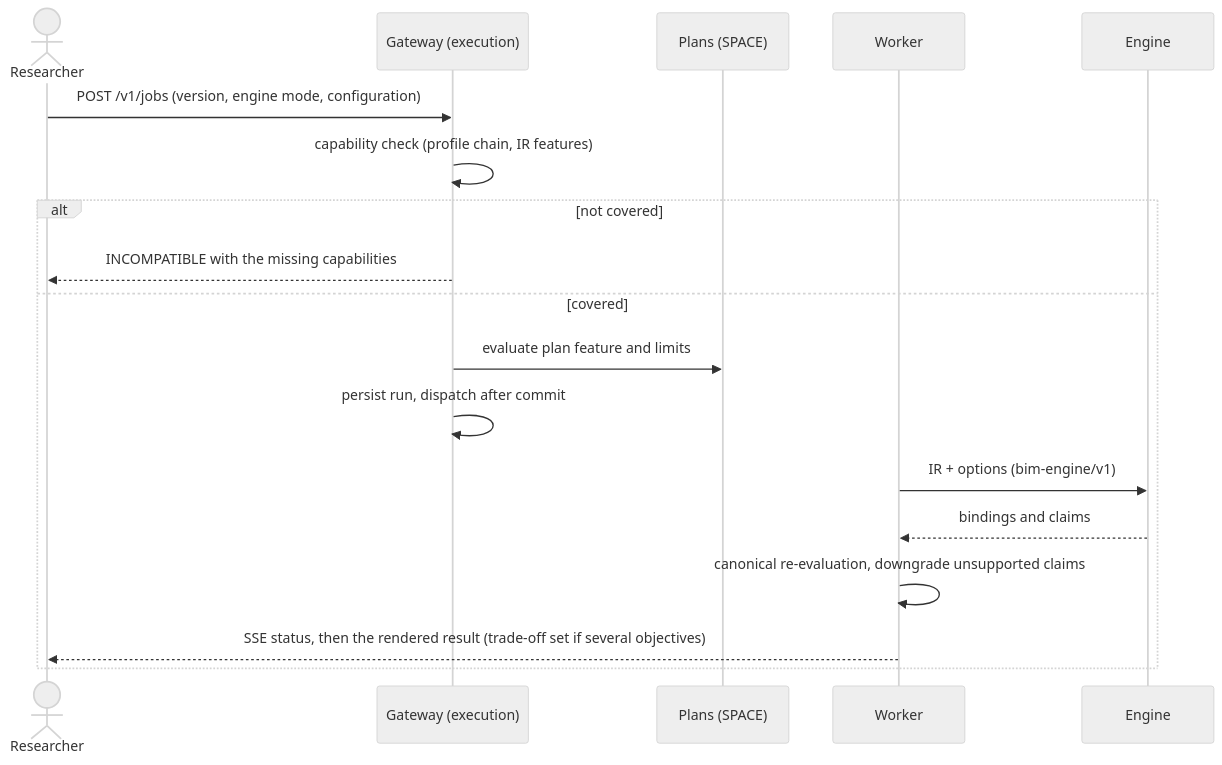
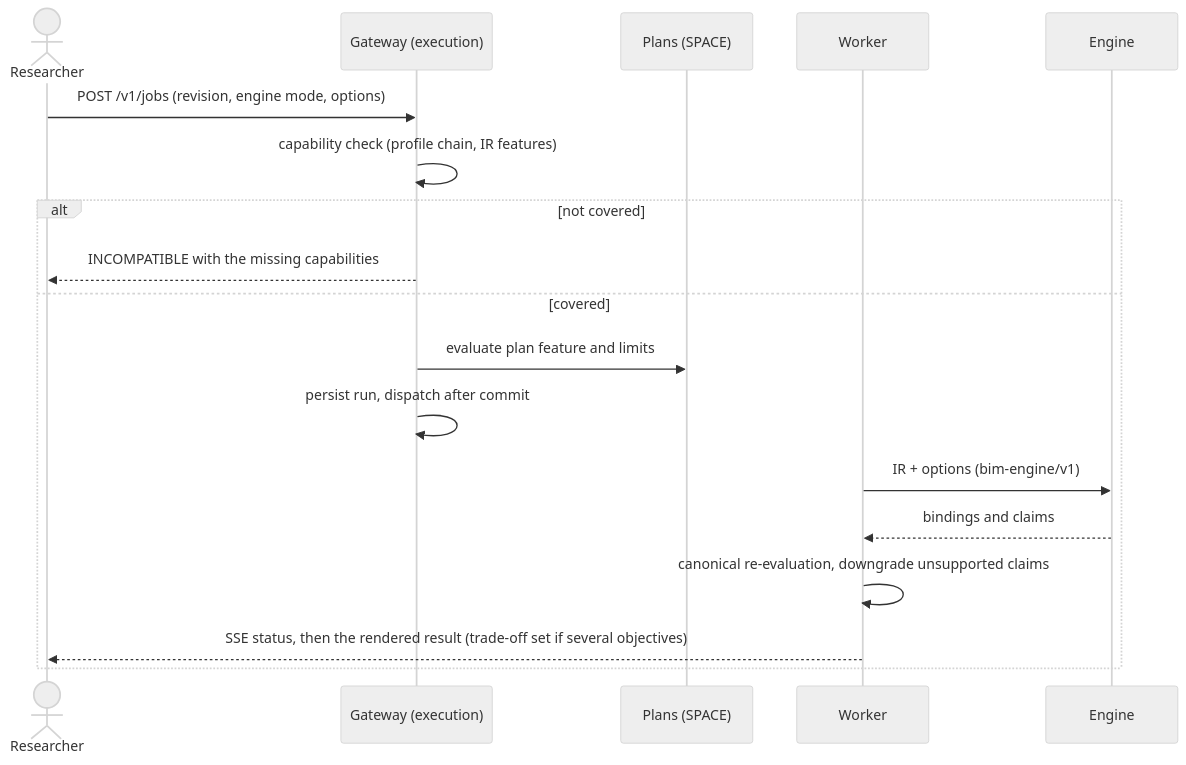
The fifth of 6 diagrams in docs/ARCHITECTURE.md (isa-group/OpenBinding), drawn with Mermaid (neutral theme) before and after one commit. The commit also changed other lines of this file and 354 other files, not shown here.

````diff
--- a/docs/ARCHITECTURE.md
+++ b/docs/ARCHITECTURE.md
@@ -321,20 +321,20 @@
 ```mermaid
 sequenceDiagram
   actor U as Researcher
   participant G as Gateway (execution)
   participant P as Plans (SPACE)
   participant Q as Worker
   participant E as Engine
-  U->>G: POST /v1/jobs (version, engine mode, configuration)
+  U->>G: POST /v1/jobs (revision, engine mode, options)
   G->>G: capability check (profile chain, IR features)
   alt not covered
     G-->>U: INCOMPATIBLE with the missing capabilities
   else covered
     G->>P: evaluate plan feature and limits
     G->>G: persist run, dispatch after commit
     Q->>E: IR + options (bim-engine/v1)
     E-->>Q: bindings and claims
     Q->>Q: canonical re-evaluation, downgrade unsupported claims
     Q-->>U: SSE status, then the rendered result (trade-off set if several objectives)
   end
 ```
````
